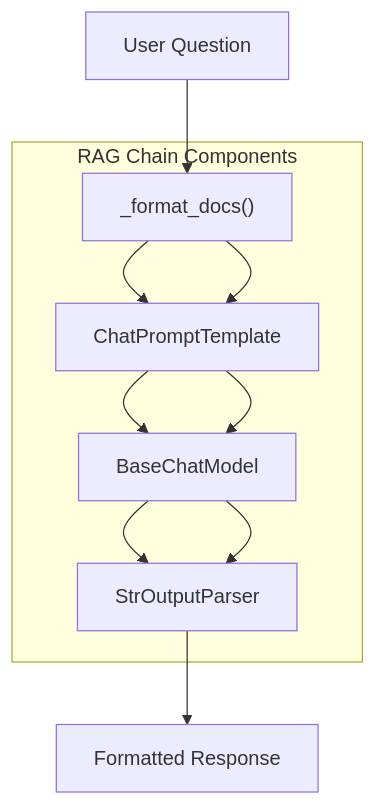
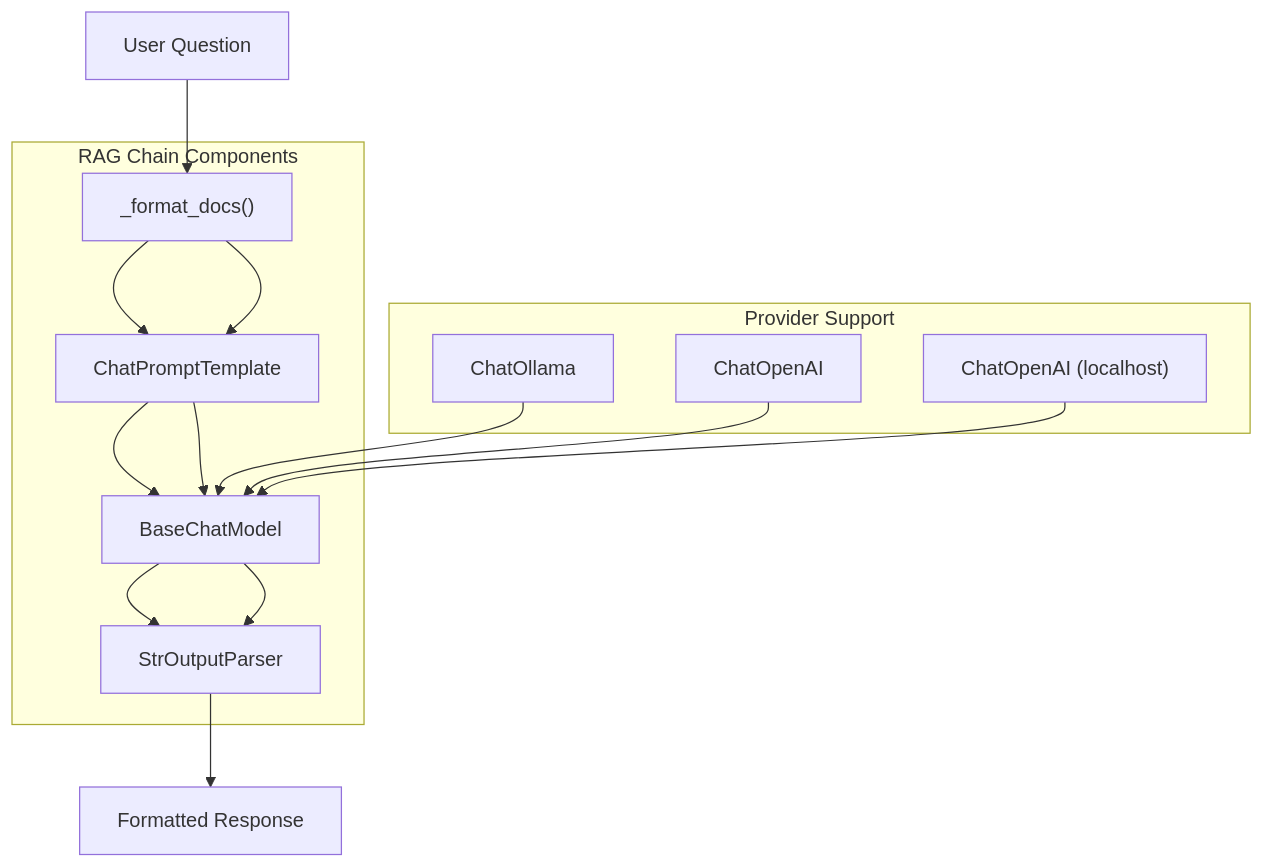
The sixth of 13 diagrams in .qoder/repowiki/en/content/RAG Integration.md (ognelis/cafetera_hr_bot), drawn with Mermaid before and after one commit. The commit also changed other lines of this file and 13 other files, not shown here.

````diff
--- a/.qoder/repowiki/en/content/RAG Integration.md
+++ b/.qoder/repowiki/en/content/RAG Integration.md
@@ -363,13 +382,18 @@
 ```mermaid
 flowchart TD
 Input["User Question"] --> FormatDocs["_format_docs()"]
 FormatDocs --> Prompt["ChatPromptTemplate"]
 Prompt --> LLM["BaseChatModel"]
 LLM --> Parser["StrOutputParser"]
 Parser --> Output["Formatted Response"]
 subgraph "RAG Chain Components"
 FormatDocs --> Prompt
 Prompt --> LLM
 LLM --> Parser
 end
+subgraph "Provider Support"
+Ollama["ChatOllama"] --> LLM
+OpenAI["ChatOpenAI"] --> LLM
+LlamaCPP["ChatOpenAI (localhost)"] --> LLM
+end
 ```
````
